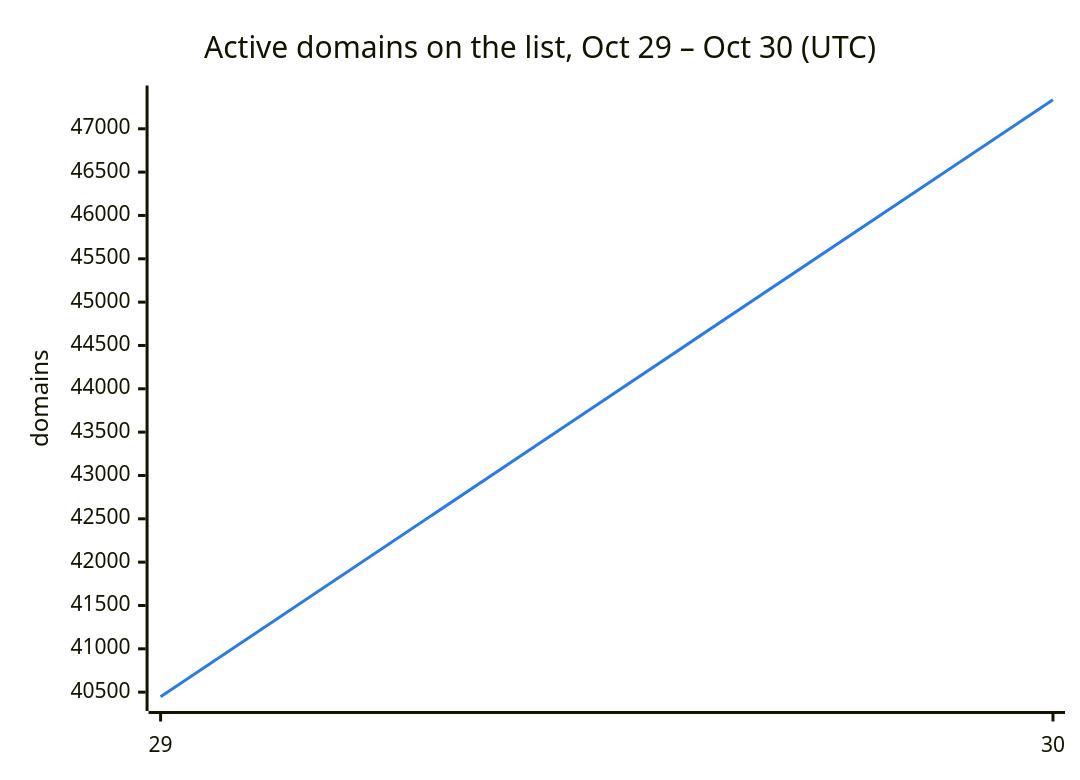
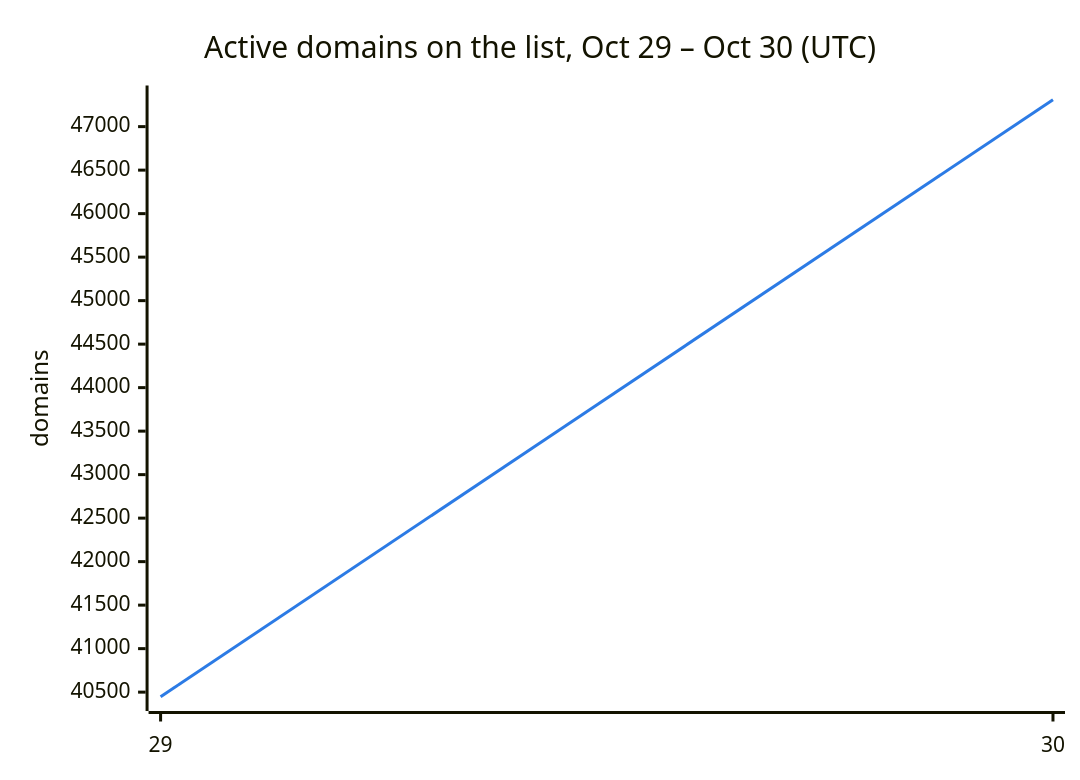
One commit to DNSBunker/CTI changed the second of 3 diagrams in README.md. Above: the diagram before and after it, drawn with Mermaid. The commit also changed other lines of this file and 3 other files, not shown here.

````diff
--- a/README.md
+++ b/README.md
@@ -38,8 +38,8 @@
 ```mermaid
 %%{init: {"themeVariables": {"xyChart": {"plotColorPalette": "#2c7be5"}}}}%%
 xychart-beta
     title "Active domains on the list, Oct 29 – Oct 30 (UTC)"
     x-axis ["29", "30"]
     y-axis "domains"
-    line [40447, 47335]
+    line [40447, 47309]
 ```
````
